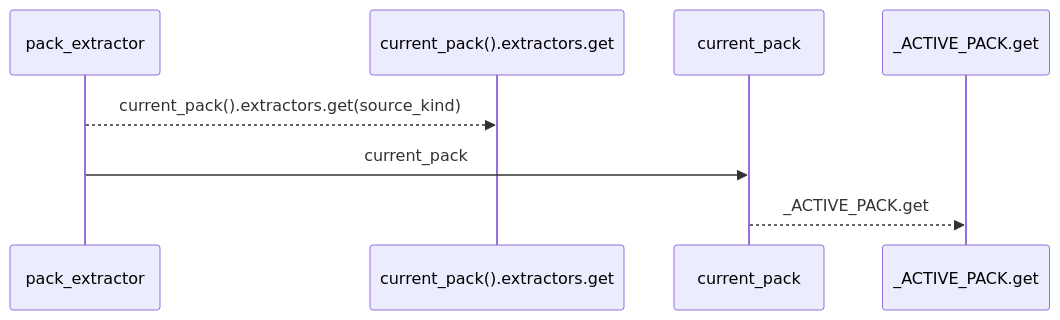
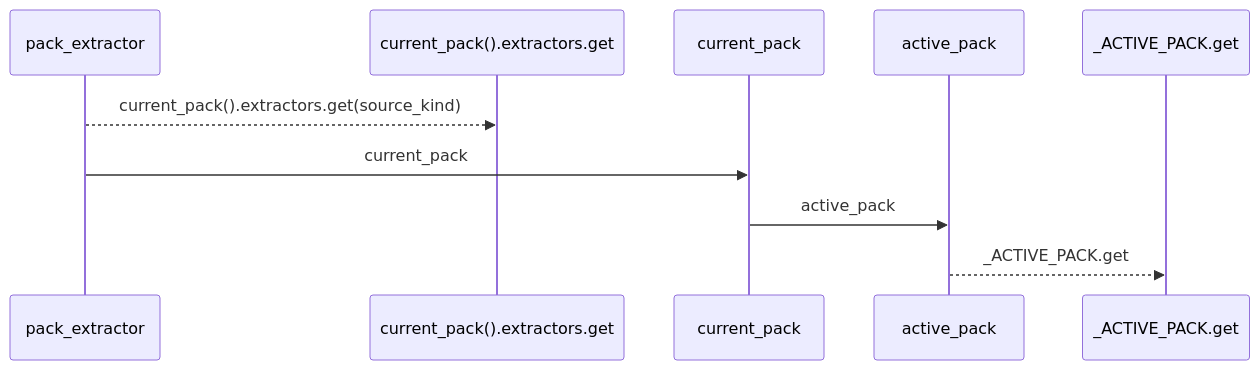
The first of 2 diagrams in docs/llm_wiki/flows/api-pack_extractor.md (Denissvgn/python-wiki-llm), drawn with Mermaid before and after one commit. The commit also changed other lines of this file and 719 other files, not shown here.

````diff
--- a/docs/llm_wiki/flows/api-pack_extractor.md
+++ b/docs/llm_wiki/flows/api-pack_extractor.md
@@ -12,10 +12,12 @@
 ```mermaid
 sequenceDiagram
     participant p0 as pack_extractor
     participant p1 as current_pack().extractors.get
     participant p2 as current_pack
-    participant p3 as _ACTIVE_PACK.get
+    participant p3 as active_pack
+    participant p4 as _ACTIVE_PACK.get
     p0-->>p1: current_pack().extractors.get(source_kind)
     p0->>p2: current_pack
-    p2-->>p3: _ACTIVE_PACK.get
+    p2->>p3: active_pack
+    p3-->>p4: _ACTIVE_PACK.get
 ```
````
